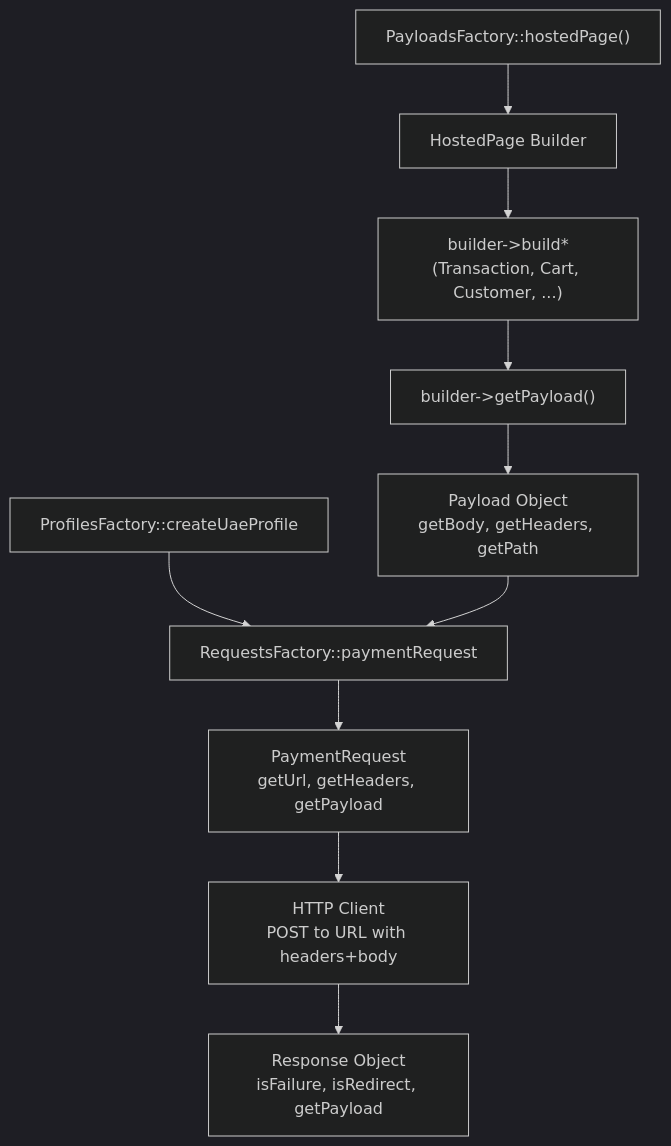
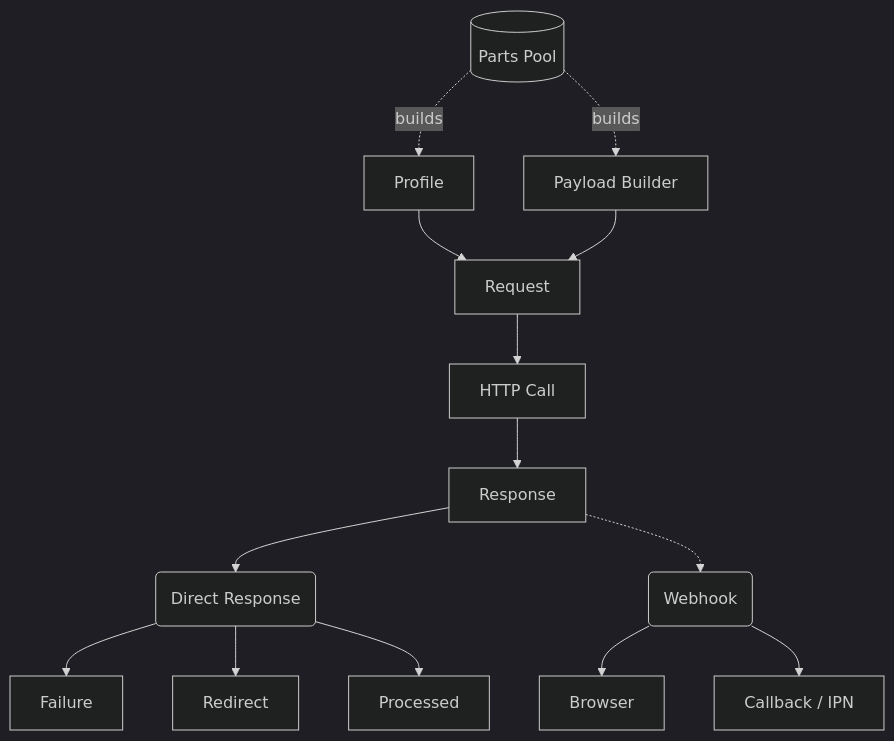
Before and after one commit to paytabscom/php-sdk: the diagram in ARCHITECTURE.md, drawn with Mermaid (dark theme). The commit also changed other lines of this file and 6 other files, not shown here.

Commit message:
Update architecture documentation and diagrams; align SDK version to 3.0.0 and improve response handling methods

````diff
--- a/ARCHITECTURE.md
+++ b/ARCHITECTURE.md
@@ -178,12 +40,16 @@
 ```mermaid
 flowchart TD
-    Factory["PayloadsFactory::hostedPage()"] --> Builder["HostedPage Builder"]
-    Builder --> AddParts["builder->build*<br/>(Transaction, Cart, Customer, ...)"]
-    AddParts --> GetPayload["builder->getPayload()"]
-    GetPayload --> Payload["Payload Object<br/>getBody, getHeaders, getPath"]
-    Profile["ProfilesFactory::createUaeProfile"] --> RequestFactory["RequestsFactory::paymentRequest"]
-    Payload --> RequestFactory
-    RequestFactory --> Request["PaymentRequest<br/>getUrl, getHeaders, getPayload"]
-    Request --> HTTP["HTTP Client<br/>POST to URL with headers+body"]
-    HTTP --> Response["Response Object<br/>isFailure, isRedirect, getPayload"]
+    PartsPool[("Parts Pool")] -. builds .-> PayloadBuilder["Payload Builder"]
+    Profile["Profile"] --> Request["Request"]
+    PartsPool -. builds .-> Profile
+    PayloadBuilder --> Request
+    Request --> Http["HTTP Call"]
+    Http --> Response["Response"]
+    Response --> Direct("Direct Response")
+    Response -.-> Webhook("Webhook")
+    Direct --> Failure["Failure"]
+    Direct --> Redirect["Redirect"]
+    Direct --> Processed["Processed"]
+    Webhook --> Browser["Browser"]
+    Webhook --> Callback["Callback / IPN"]
 ```
````
